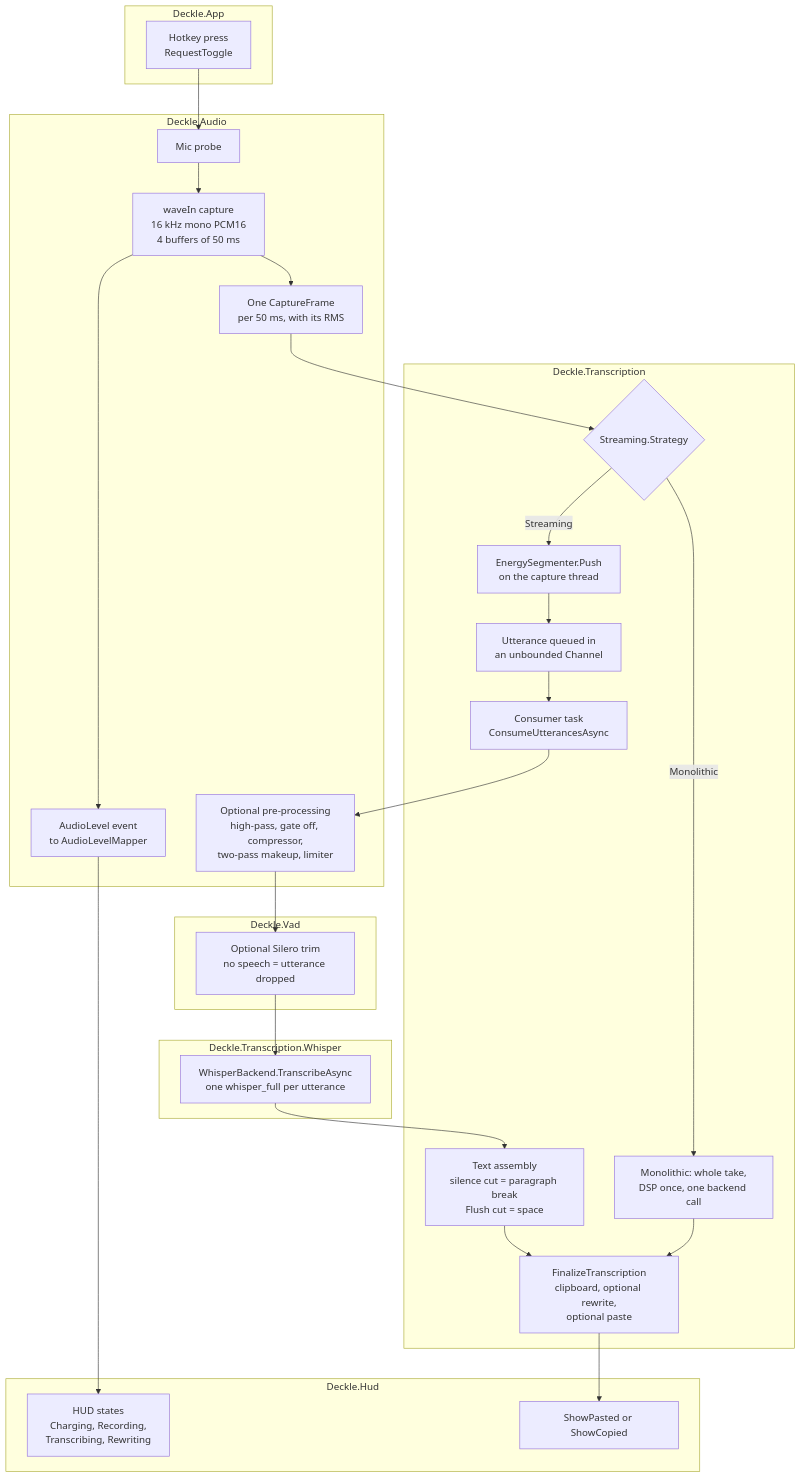
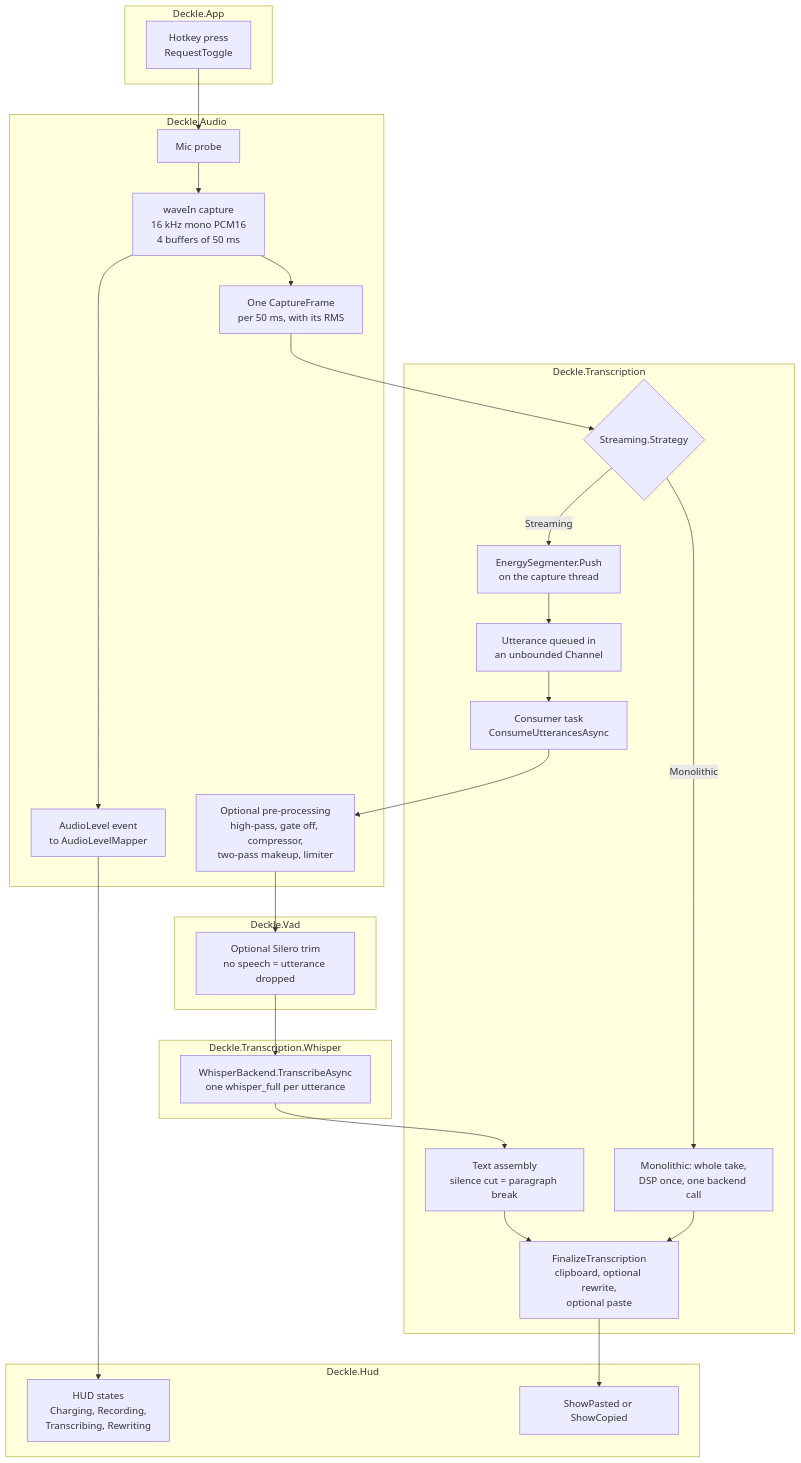
One commit to louisfifre/deckle changed the first of 3 diagrams in docs/transcription-audio-chain.md. Above: the diagram before and after it, drawn with Mermaid. The commit also changed other lines of this file and 1 other file, not shown here.

````diff
--- a/docs/transcription-audio-chain.md
+++ b/docs/transcription-audio-chain.md
@@ -37,44 +37,44 @@
 ```mermaid
 flowchart TD
     subgraph APP["Deckle.App"]
         HK["Hotkey press<br/>RequestToggle"]
     end
 
     subgraph AUDIO["Deckle.Audio"]
         PROBE["Mic probe"]
         CAP["waveIn capture<br/>16 kHz mono PCM16<br/>4 buffers of 50 ms"]
         FRAME["One CaptureFrame<br/>per 50 ms, with its RMS"]
         LEVEL["AudioLevel event<br/>to AudioLevelMapper"]
         DSP["Optional pre-processing<br/>high-pass, gate off, compressor,<br/>two-pass makeup, limiter"]
     end
 
     subgraph TRANS["Deckle.Transcription"]
         FORK{"Streaming.Strategy"}
         SEG["EnergySegmenter.Push<br/>on the capture thread"]
         CHAN["Utterance queued in<br/>an unbounded Channel"]
         CONS["Consumer task<br/>ConsumeUtterancesAsync"]
-        ASSEMBLE["Text assembly<br/>silence cut = paragraph break<br/>Flush cut = space"]
+        ASSEMBLE["Text assembly<br/>silence cut = paragraph break"]
         MONO["Monolithic: whole take,<br/>DSP once, one backend call"]
         FIN["FinalizeTranscription<br/>clipboard, optional rewrite,<br/>optional paste"]
     end
 
     subgraph VAD["Deckle.Vad"]
         TRIM["Optional Silero trim<br/>no speech = utterance dropped"]
     end
 
     subgraph WHISPER["Deckle.Transcription.Whisper"]
         ASR["WhisperBackend.TranscribeAsync<br/>one whisper_full per utterance"]
     end
 
     subgraph HUDM["Deckle.Hud"]
         HUD["HUD states<br/>Charging, Recording,<br/>Transcribing, Rewriting"]
         OUT["ShowPasted or ShowCopied"]
     end
 
     HK --> PROBE --> CAP --> FRAME --> FORK
     CAP --> LEVEL --> HUD
     FORK -- Streaming --> SEG --> CHAN --> CONS
     CONS --> DSP --> TRIM --> ASR --> ASSEMBLE --> FIN
     FORK -- Monolithic --> MONO --> FIN
     FIN --> OUT
 ```
````
